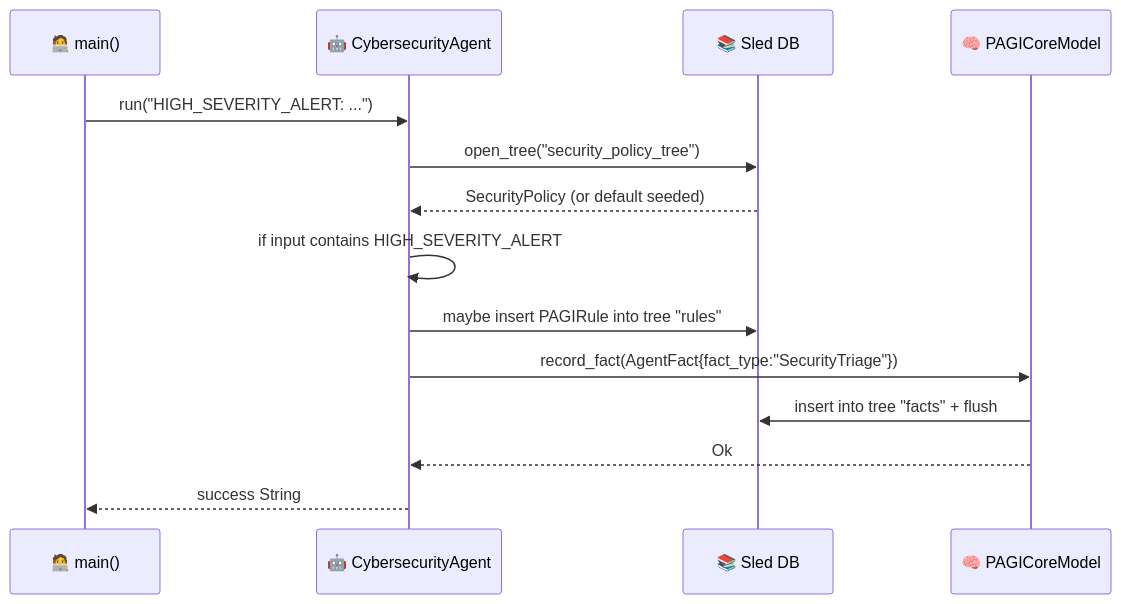
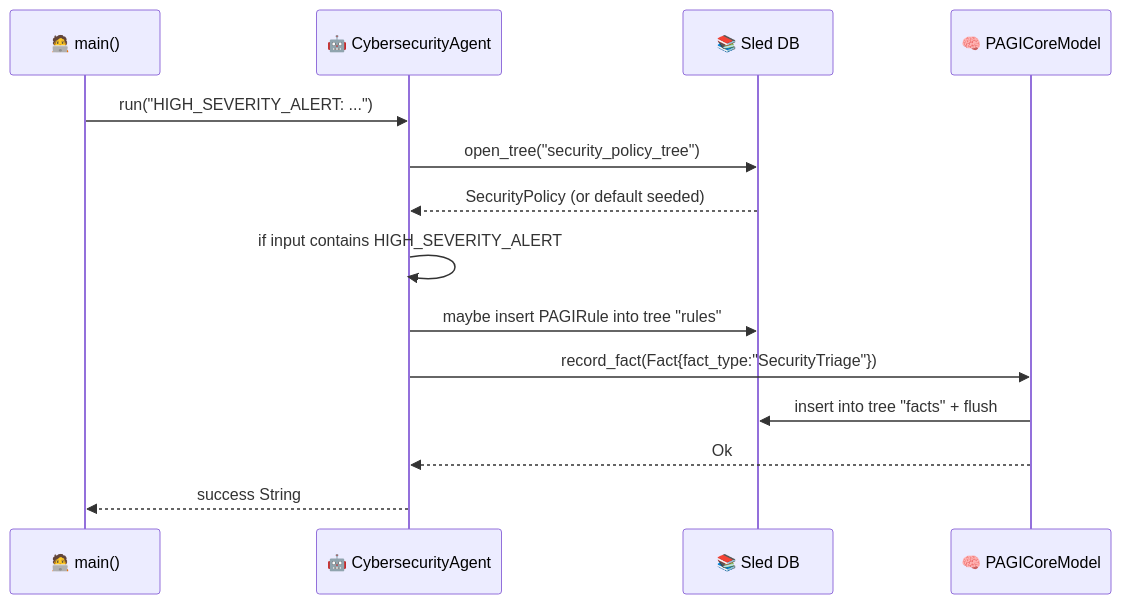
One commit to c04ch1337/pagi-cyber-agent changed the second of 2 diagrams in README.md. Above: the diagram before and after it, drawn with Mermaid. The commit also changed other lines of this file and 7 other files, not shown here.

````diff
--- a/README.md
+++ b/README.md
@@ -62,17 +71,17 @@
 ```mermaid
 sequenceDiagram
   participant Caller as 🧑‍💻 main()
   participant Agent as 🤖 CybersecurityAgent
   participant KB as 📚 Sled DB
   participant Core as 🧠 PAGICoreModel
 
   Caller->>Agent: run("HIGH_SEVERITY_ALERT: ...")
   Agent->>KB: open_tree("security_policy_tree")
   KB-->>Agent: SecurityPolicy (or default seeded)
   Agent->>Agent: if input contains HIGH_SEVERITY_ALERT
   Agent->>KB: maybe insert PAGIRule into tree "rules"
-  Agent->>Core: record_fact(AgentFact{fact_type:"SecurityTriage"})
+  Agent->>Core: record_fact(Fact{fact_type:"SecurityTriage"})
   Core->>KB: insert into tree "facts" + flush
   Core-->>Agent: Ok
   Agent-->>Caller: success String
 ```
````
